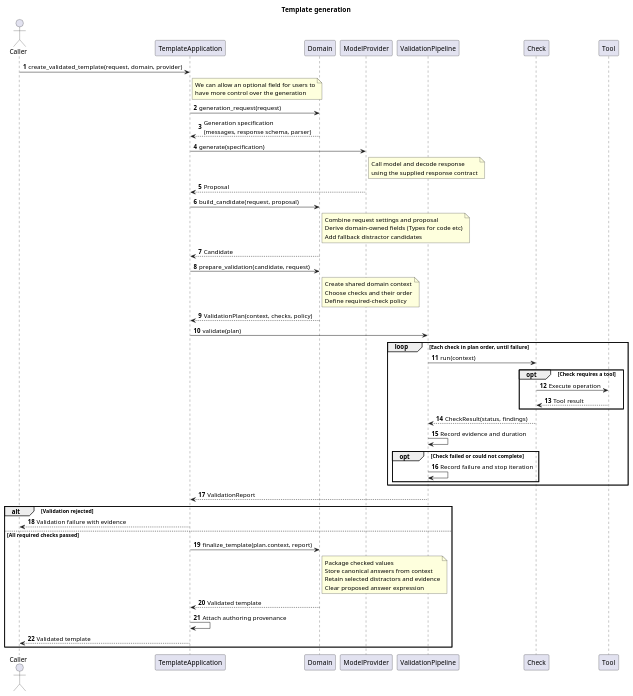
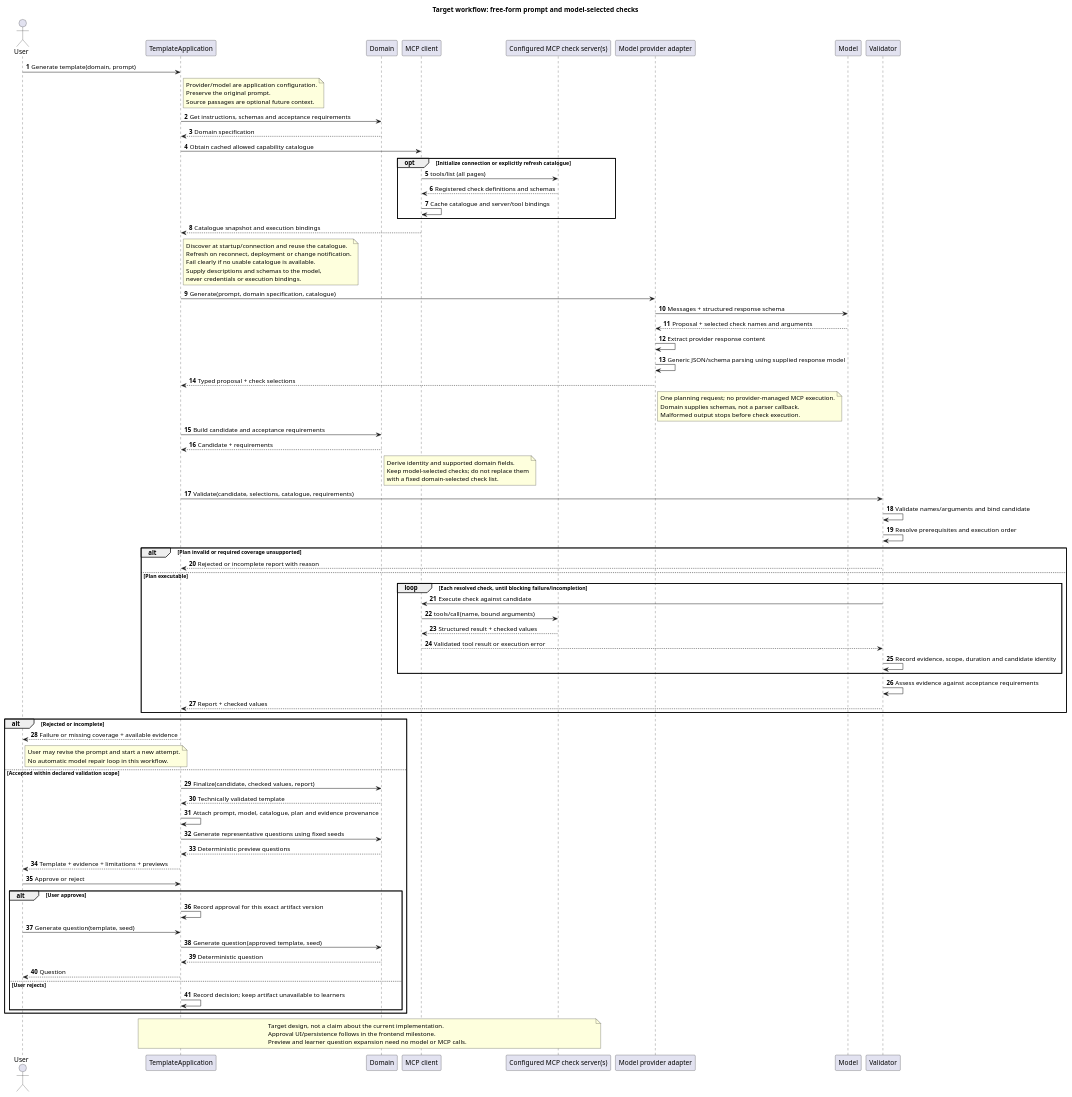
Before and after one commit to edcraft-org/ai: the diagram in docs/question-generation/generate-template.puml, drawn with PlantUML. The commit also changed 5 other files, not shown here.

Commit message:
docs: finalize model-planned validation workflow and implementation backlog

```diff
--- a/docs/question-generation/generate-template.puml
+++ b/docs/question-generation/generate-template.puml
@@ -1,80 +1,103 @@
-@startuml
-title Template generation
+@startuml TemplateGeneration
+title Target workflow: free-form prompt and model-selected checks
 autonumber
 
-actor Caller
+actor User
 participant TemplateApplication as App
-participant "Domain" as Domain
-participant "ModelProvider" as Provider
-participant ValidationPipeline as Validator
-participant "Check" as Check
-participant "Tool" as Tool
+participant Domain
+participant "MCP client" as Client
+participant "Configured MCP check server(s)" as MCP
+participant "Model provider adapter" as Provider
+participant Model
+participant Validator
 
-Caller -> App: create_validated_template(request, domain, provider)
+User -> App: Generate template(domain, prompt)
 note right of App
-  We can allow an optional field for users to
-  have more control over the generation
+  Provider/model are application configuration.
+  Preserve the original prompt.
+  Source passages are optional future context.
+end note
+App -> Domain: Get instructions, schemas and acceptance requirements
+Domain --> App: Domain specification
+App -> Client: Obtain cached allowed capability catalogue
+opt Initialize connection or explicitly refresh catalogue
+    Client -> MCP: tools/list (all pages)
+    MCP --> Client: Registered check definitions and schemas
+    Client -> Client: Cache catalogue and server/tool bindings
+end
+Client --> App: Catalogue snapshot and execution bindings
+note right of App
+  Discover at startup/connection and reuse the catalogue.
+  Refresh on reconnect, deployment or change notification.
+  Fail clearly if no usable catalogue is available.
+  Supply descriptions and schemas to the model,
+  never credentials or execution bindings.
+end note
+App -> Provider: Generate(prompt, domain specification, catalogue)
+Provider -> Model: Messages + structured response schema
+Model --> Provider: Proposal + selected check names and arguments
+Provider -> Provider: Extract provider response content
+Provider -> Provider: Generic JSON/schema parsing using supplied response model
+Provider --> App: Typed proposal + check selections
+note right of Provider
+  One planning request; no provider-managed MCP execution.
+  Domain supplies schemas, not a parser callback.
+  Malformed output stops before check execution.
 end note
 
-App -> Domain: generation_request(request)
-Domain --> App: Generation specification\n(messages, response schema, parser)
+App -> Domain: Build candidate and acceptance requirements
+Domain --> App: Candidate + requirements
+note right of Domain
+  Derive identity and supported domain fields.
+  Keep model-selected checks; do not replace them
+  with a fixed domain-selected check list.
+end note
+App -> Validator: Validate(candidate, selections, catalogue, requirements)
+Validator -> Validator: Validate names/arguments and bind candidate
+Validator -> Validator: Resolve prerequisites and execution order
 
-App -> Provider: generate(specification)
-note right of Provider
-  Call model and decode response
-  using the supplied response contract
-end note
-Provider --> App: Proposal
+alt Plan invalid or required coverage unsupported
+    Validator --> App: Rejected or incomplete report with reason
+else Plan executable
+    loop Each resolved check, until blocking failure/incompletion
+        Validator -> Client: Execute check against candidate
+        Client -> MCP: tools/call(name, bound arguments)
+        MCP --> Client: Structured result + checked values
+        Client --> Validator: Validated tool result or execution error
+        Validator -> Validator: Record evidence, scope, duration and candidate identity
+    end
+    Validator -> Validator: Assess evidence against acceptance requirements
+    Validator --> App: Report + checked values
+end
 
-App -> Domain: build_candidate(request, proposal)
-note right of Domain
-  Combine request settings and proposal
-  Derive domain-owned fields (Types for code etc)
-  Add fallback distractor candidates
-end note
-Domain --> App: Candidate
-
-App -> Domain: prepare_validation(candidate, request)
-note right of Domain
-  Create shared domain context
-  Choose checks and their order
-  Define required-check policy
-end note
-Domain --> App: ValidationPlan(context, checks, policy)
-
-App -> Validator: validate(plan)
-
-loop Each check in plan order, until failure
-    Validator -> Check: run(context)
-
-    opt Check requires a tool
-        Check -> Tool: Execute operation
-        Tool --> Check: Tool result
-    end
-
-    Check --> Validator: CheckResult(status, findings)
-    Validator -> Validator: Record evidence and duration
-
-    opt Check failed or could not complete
-        Validator -> Validator: Record failure and stop iteration
+alt Rejected or incomplete
+    App --> User: Failure or missing coverage + available evidence
+    note right of User
+      User may revise the prompt and start a new attempt.
+      No automatic model repair loop in this workflow.
+    end note
+else Accepted within declared validation scope
+    App -> Domain: Finalize(candidate, checked values, report)
+    Domain --> App: Technically validated template
+    App -> App: Attach prompt, model, catalogue, plan and evidence provenance
+    App -> Domain: Generate representative questions using fixed seeds
+    Domain --> App: Deterministic preview questions
+    App --> User: Template + evidence + limitations + previews
+    User -> App: Approve or reject
+    alt User approves
+        App -> App: Record approval for this exact artifact version
+        User -> App: Generate question(template, seed)
+        App -> Domain: Generate question(approved template, seed)
+        Domain --> App: Deterministic question
+        App --> User: Question
+    else User rejects
+        App -> App: Record decision; keep artifact unavailable to learners
     end
 end
 
-Validator --> App: ValidationReport
-
-alt Validation rejected
-    App --> Caller: Validation failure with evidence
-else All required checks passed
-    App -> Domain: finalize_template(plan.context, report)
-    note right of Domain
-      Package checked values
-      Store canonical answers from context
-      Retain selected distractors and evidence
-      Clear proposed answer expression
-    end note
-    Domain --> App: Validated template
-
-    App -> App: Attach authoring provenance
-    App --> Caller: Validated template
-end
+note over App, MCP
+  Target design, not a claim about the current implementation.
+  Approval UI/persistence follows in the frontend milestone.
+  Preview and learner question expansion need no model or MCP calls.
+end note
 @enduml
```
